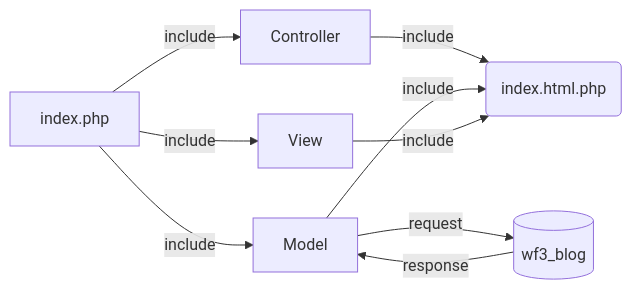
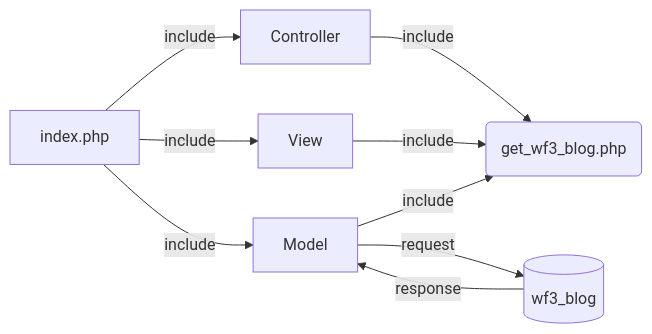
One commit to razmi0/WF3-MVC changed the first of 2 diagrams in README.md. Above: the diagram before and after it, drawn with Mermaid. The commit also changed other lines of this file, not shown here.

````diff
--- a/README.md
+++ b/README.md
@@ -15,11 +15,11 @@
 ```mermaid
 graph LR
 A[index.php] -- include --> B[Controller]
 B[Controller] -- include --> E(data.php)
+A[index.php] -- include --> D[View]
+D[View] -- include --> E(index.html.php)
 A[index.php] -- include --> C[Model]
 C[Model] -- include --> E(get_wf3_blog.php)
 C[Model] -- request --> K[(wf3_blog)]
 K[(wf3_blog)] -- response --> C[Model]
-A[index.php] -- include --> D[View]
-D[View] -- include --> E(index.html.php)
 ```
````
